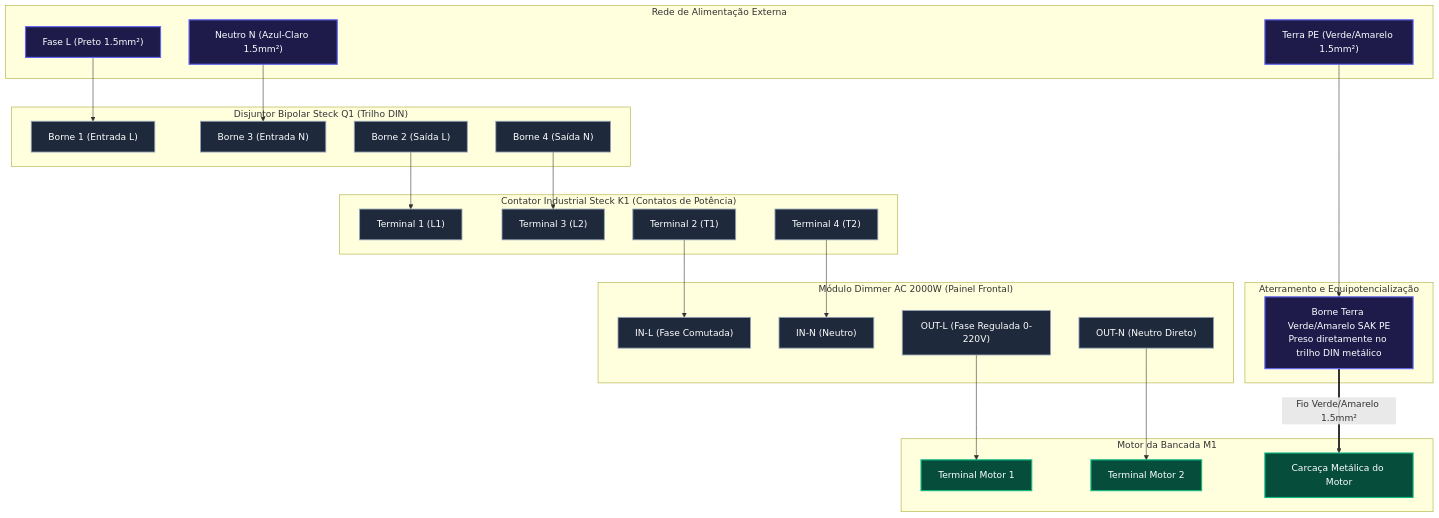
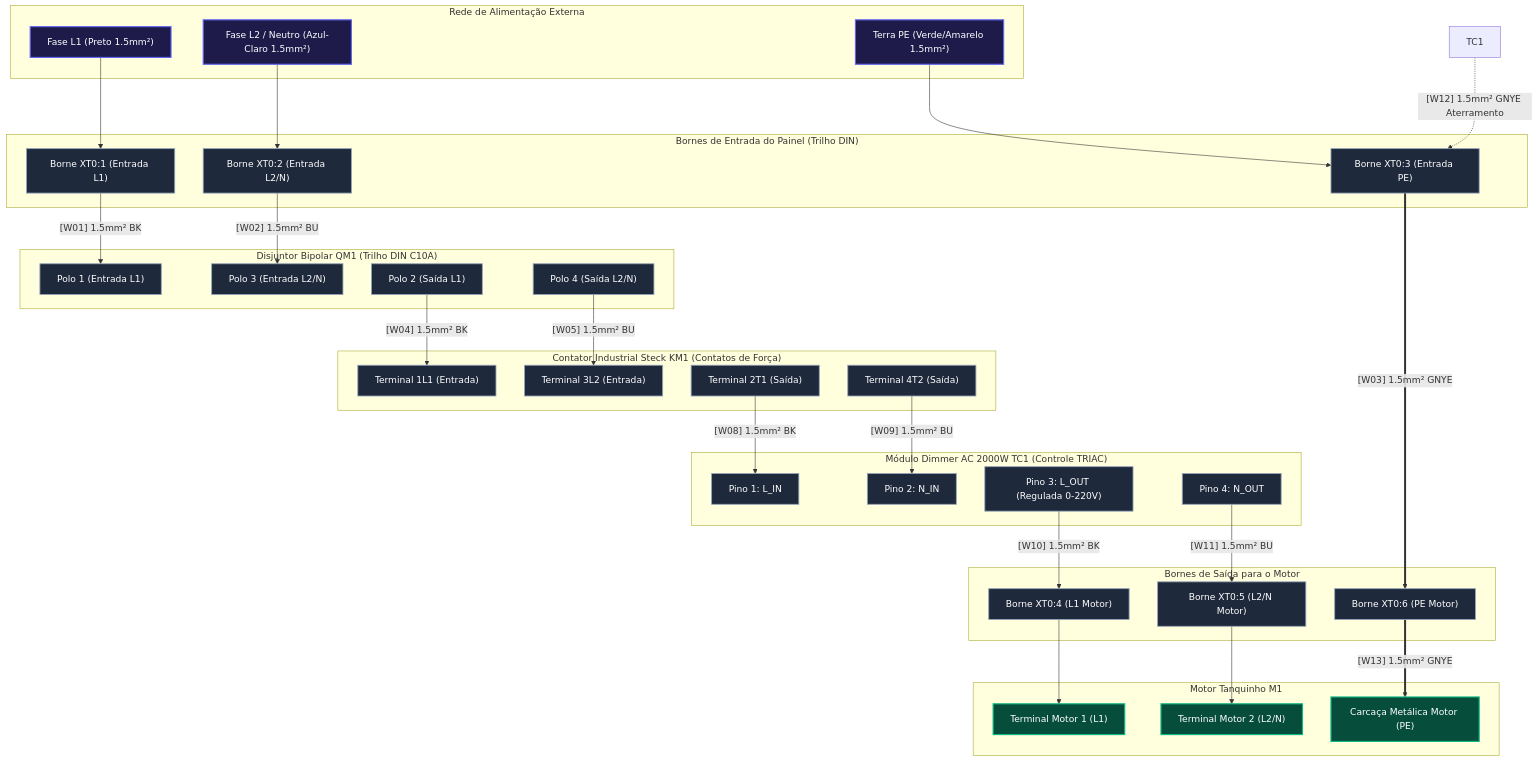
The third of 5 diagrams in docs/iot/DIAGRAMAS_ELETRICOS_UNIFILAR_MULTIFILAR.md (Andre-Macedo/amemiya), drawn with Mermaid before and after one commit. The commit also changed other lines of this file and 7 other files, not shown here.

````diff
--- a/docs/iot/DIAGRAMAS_ELETRICOS_UNIFILAR_MULTIFILAR.md
+++ b/docs/iot/DIAGRAMAS_ELETRICOS_UNIFILAR_MULTIFILAR.md
@@ -82,59 +82,68 @@
 ```mermaid
 flowchart TD
     classDef ac fill:#1e1b4b,stroke:#6366f1,stroke-width:2px,color:#fff;
     classDef sw fill:#1e293b,stroke:#94a3b8,stroke-width:1.5px,color:#fff;
     classDef motor fill:#064e3b,stroke:#10b981,stroke-width:2px,color:#fff;
 
     subgraph REDE_220V["Rede de Alimentação Externa"]
-        L_IN["Fase L (Preto 1.5mm²)"]:::ac
-        N_IN["Neutro N (Azul-Claro 1.5mm²)"]:::ac
+        L_IN["Fase L1 (Preto 1.5mm²)"]:::ac
+        N_IN["Fase L2 / Neutro (Azul-Claro 1.5mm²)"]:::ac
         PE_IN["Terra PE (Verde/Amarelo 1.5mm²)"]:::ac
     end
 
-    subgraph DISJUNTOR_Q1["Disjuntor Bipolar Steck Q1 (Trilho DIN)"]
-        Q1_1["Borne 1 (Entrada L)"]:::sw
-        Q1_3["Borne 3 (Entrada N)"]:::sw
-        Q1_2["Borne 2 (Saída L)"]:::sw
-        Q1_4["Borne 4 (Saída N)"]:::sw
+    subgraph BORNES_ENTRADA["Bornes de Entrada do Painel (Trilho DIN)"]
+        XT0_1["Borne XT0:1 (Entrada L1)"]:::sw
+        XT0_2["Borne XT0:2 (Entrada L2/N)"]:::sw
+        XT0_3["Borne XT0:3 (Entrada PE)"]:::sw
     end
 
-    subgraph BARRAMENTO_PE["Aterramento e Equipotencialização"]
-        BORNE_PE["Borne Terra Verde/Amarelo SAK PE<br/>Preso diretamente no trilho DIN metálico"]:::ac
+    subgraph DISJUNTOR_QM1["Disjuntor Bipolar QM1 (Trilho DIN C10A)"]
+        QM1_1["Polo 1 (Entrada L1)"]:::sw
+        QM1_3["Polo 3 (Entrada L2/N)"]:::sw
+        QM1_2["Polo 2 (Saída L1)"]:::sw
+        QM1_4["Polo 4 (Saída L2/N)"]:::sw
     end
 
-    subgraph CONTATOR_K1["Contator Industrial Steck K1 (Contatos de Potência)"]
-        K1_L1["Terminal 1 (L1)"]:::sw
-        K1_L2["Terminal 3 (L2)"]:::sw
-        K1_T1["Terminal 2 (T1)"]:::sw
-        K1_T2["Terminal 4 (T2)"]:::sw
+    subgraph CONTATOR_KM1["Contator Industrial Steck KM1 (Contatos de Força)"]
+        KM1_L1["Terminal 1L1 (Entrada)"]:::sw
+        KM1_L2["Terminal 3L2 (Entrada)"]:::sw
+        KM1_T1["Terminal 2T1 (Saída)"]:::sw
+        KM1_T2["Terminal 4T2 (Saída)"]:::sw
     end
 
-    subgraph MODULO_DIMMER["Módulo Dimmer AC 2000W (Painel Frontal)"]
-        DM_IN_L["IN-L (Fase Comutada)"]:::sw
-        DM_IN_N["IN-N (Neutro)"]:::sw
-        DM_OUT_L["OUT-L (Fase Regulada 0-220V)"]:::sw
-        DM_OUT_N["OUT-N (Neutro Direto)"]:::sw
+    subgraph MODULO_DIMMER["Módulo Dimmer AC 2000W TC1 (Controle TRIAC)"]
+        TC1_1["Pino 1: L_IN"]:::sw
+        TC1_2["Pino 2: N_IN"]:::sw
+        TC1_3["Pino 3: L_OUT (Regulada 0-220V)"]:::sw
+        TC1_4["Pino 4: N_OUT"]:::sw
     end
 
-    subgraph CARGA_MOTOR["Motor da Bancada M1"]
-        M1_TERM1["Terminal Motor 1"]:::motor
-        M1_TERM2["Terminal Motor 2"]:::motor
-        M1_CARC["Carcaça Metálica do Motor"]:::motor
+    subgraph BORNES_MOTOR["Bornes de Saída para o Motor"]
+        XT0_4["Borne XT0:4 (L1 Motor)"]:::sw
+        XT0_5["Borne XT0:5 (L2/N Motor)"]:::sw
+        XT0_6["Borne XT0:6 (PE Motor)"]:::sw
     end
 
-    %% Ligações de Força
-    L_IN --> Q1_1
-    N_IN --> Q1_3
-    PE_IN --> BORNE_PE
+    subgraph CARGA_MOTOR["Motor Tanquinho M1"]
+        M1_TERM1["Terminal Motor 1 (L1)"]:::motor
+        M1_TERM2["Terminal Motor 2 (L2/N)"]:::motor
+        M1_CARC["Carcaça Metálica Motor (PE)"]:::motor
+    end
 
-    Q1_2 --> K1_L1
-    Q1_4 --> K1_L2
+    %% Ligações de Força com tags [W01-W13]
+    L_IN --> XT0_1 -->|"[W01] 1.5mm² BK"| QM1_1
+    N_IN --> XT0_2 -->|"[W02] 1.5mm² BU"| QM1_3
+    PE_IN --> XT0_3
 
-    K1_T1 --> DM_IN_L
-    K1_T2 --> DM_IN_N
+    QM1_2 -->|"[W04] 1.5mm² BK"| KM1_L1
+    QM1_4 -->|"[W05] 1.5mm² BU"| KM1_L2
 
-    DM_OUT_L --> M1_TERM1
-    DM_OUT_N --> M1_TERM2
+    KM1_T1 -->|"[W08] 1.5mm² BK"| TC1_1
+    KM1_T2 -->|"[W09] 1.5mm² BU"| TC1_2
 
-    BORNE_PE ==>|"Fio Verde/Amarelo 1.5mm²"| M1_CARC
+    TC1_3 -->|"[W10] 1.5mm² BK"| XT0_4 --> M1_TERM1
+    TC1_4 -->|"[W11] 1.5mm² BU"| XT0_5 --> M1_TERM2
+
+    XT0_3 ==>|"[W03] 1.5mm² GNYE"| XT0_6 ==>|"[W13] 1.5mm² GNYE"| M1_CARC
+    TC1 -.->|"[W12] 1.5mm² GNYE Aterramento"| XT0_3
 ```
````
